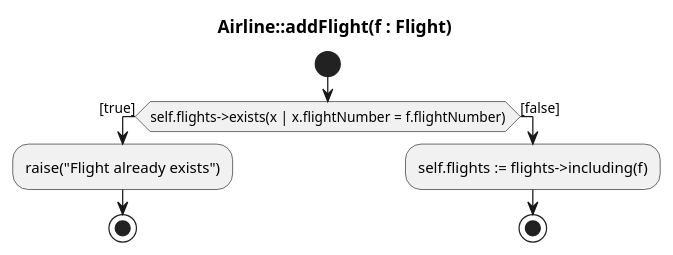
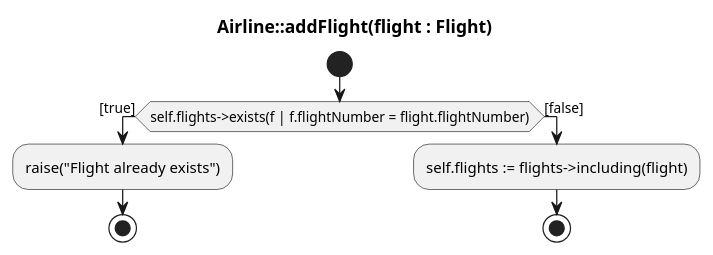
The diagram in airline/classical-uml/add-flight.puml (scx-othr/MoProCo-evaluation), drawn with PlantUML before and after one commit. The commit also changed 13 other files, not shown here.

```diff
--- a/airline/classical-uml/add-flight.puml
+++ b/airline/classical-uml/add-flight.puml
@@ -1,12 +1,12 @@
 @startuml
-title Airline::addFlight(f : Flight)
+title Airline::addFlight(flight : Flight)
 
 start
-if (self.flights->exists(x | x.flightNumber = f.flightNumber)) then ([true])
+if (self.flights->exists(f | f.flightNumber = flight.flightNumber)) then ([true])
   :raise("Flight already exists");
   stop
 else ([false])
-  :self.flights := flights->including(f);
+  :self.flights := flights->including(flight);
   stop
 endif
 @enduml
```
